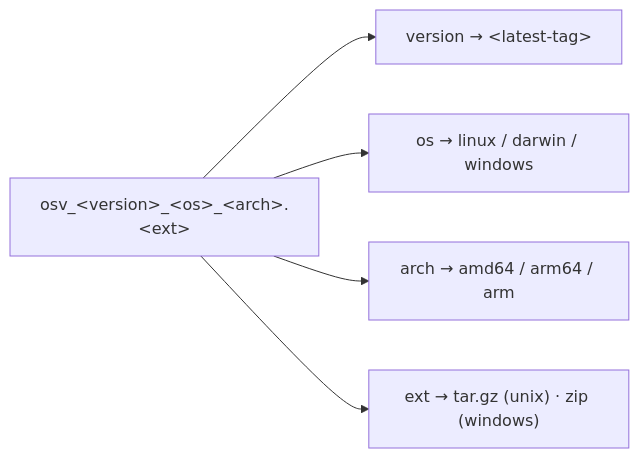
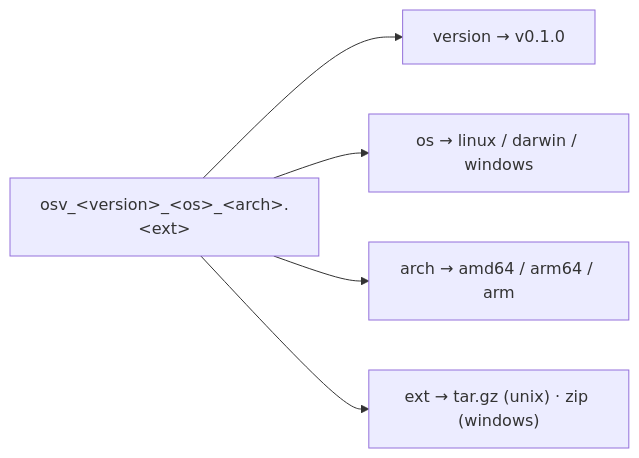
Before and after one commit to scagogogo/osv-schema-skills: the third of 4 diagrams in website/guide/installation.md, drawn with Mermaid. The commit also changed other lines of this file and 5 other files, not shown here.

````diff
--- a/website/guide/installation.md
+++ b/website/guide/installation.md
@@ -52,7 +52,7 @@
 ```mermaid
 flowchart LR
-  T["osv_&lt;version&gt;_&lt;os&gt;_&lt;arch&gt;.&lt;ext&gt;"] --> V["version → &lt;latest-tag&gt;"]
+  T["osv_&lt;version&gt;_&lt;os&gt;_&lt;arch&gt;.&lt;ext&gt;"] --> V["version → v0.1.0"]
   T --> O["os → linux / darwin / windows"]
   T --> A["arch → amd64 / arm64 / arm"]
   T --> E["ext → tar.gz (unix) · zip (windows)"]
 ```
````
